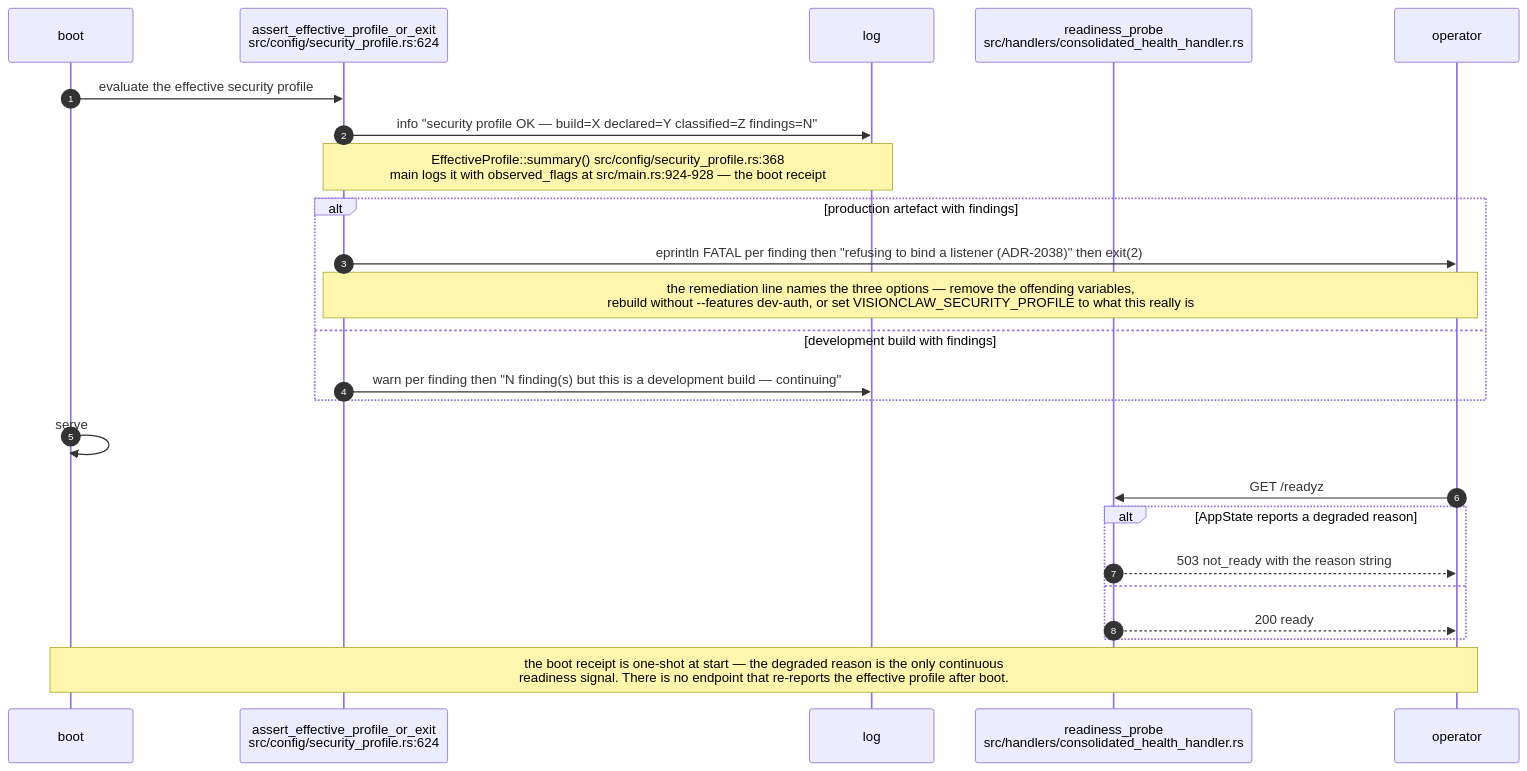
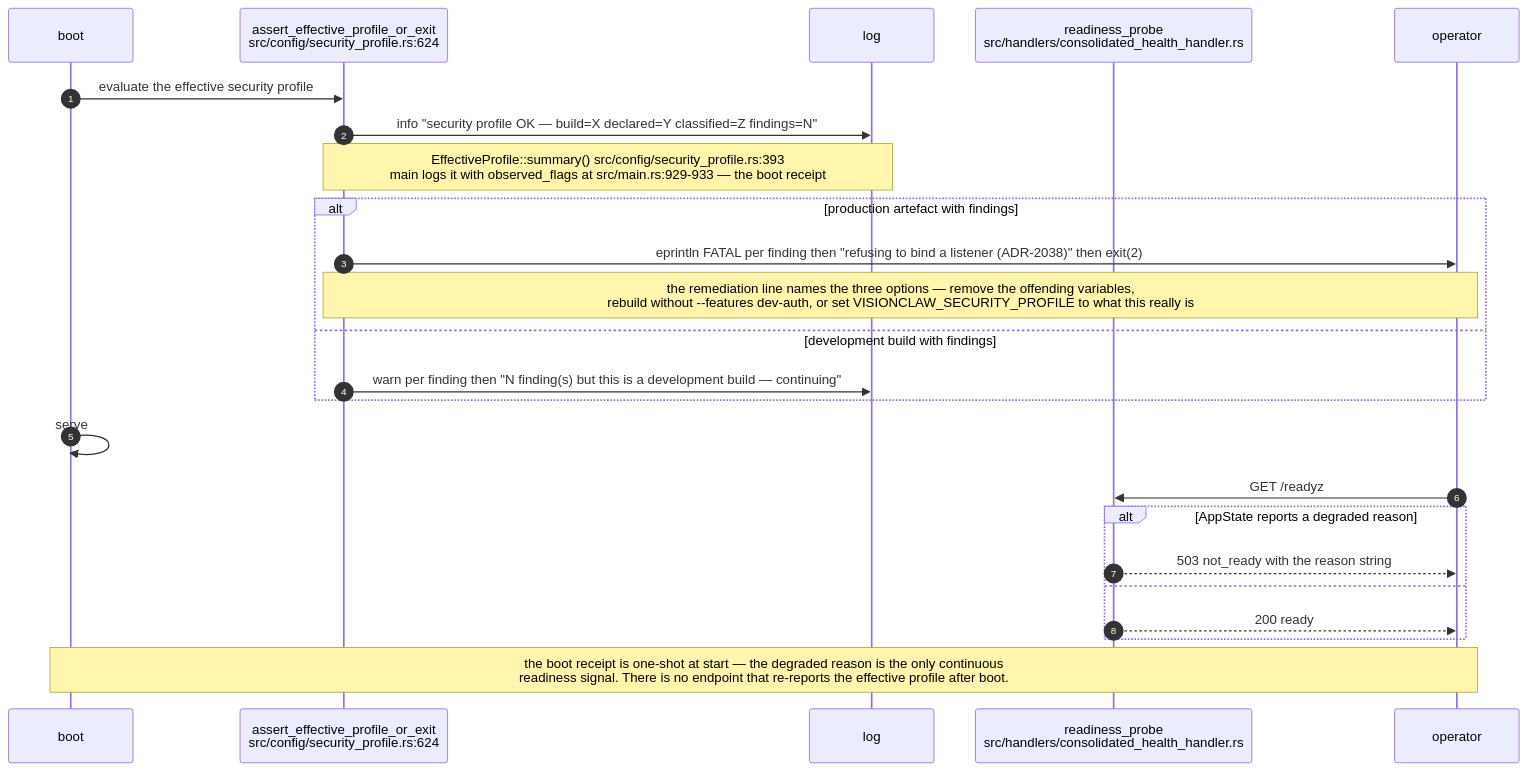
One commit to DreamLab-AI/VisionFlow changed the ninth of 9 diagrams in docs/diagrams/visionclaw/08-observability-health-and-dev-loop.md. Above: the diagram before and after it, drawn with Mermaid. The commit also changed other lines of this file and 136 other files, not shown here.

First line of the commit message:
docs(diagrams): refresh the whole corpus to code HEAD and prune low-value diagrams

````diff
--- a/docs/diagrams/visionclaw/08-observability-health-and-dev-loop.md
+++ b/docs/diagrams/visionclaw/08-observability-health-and-dev-loop.md
@@ -373,27 +306,27 @@
 ```mermaid
 sequenceDiagram
     autonumber
     participant B as boot
     participant P as assert_effective_profile_or_exit<br/>src/config/security_profile.rs:624
     participant L as log
     participant R as readiness_probe<br/>src/handlers/consolidated_health_handler.rs
     participant O as operator
 
     B->>P: evaluate the effective security profile
     P->>L: info "security profile OK — build=X declared=Y classified=Z findings=N"
-    Note over P,L: EffectiveProfile::summary() src/config/security_profile.rs:368<br/>main logs it with observed_flags at src/main.rs:924-928 — the boot receipt
+    Note over P,L: EffectiveProfile::summary() src/config/security_profile.rs:393<br/>main logs it with observed_flags at src/main.rs:929-933 — the boot receipt
     alt production artefact with findings
         P->>O: eprintln FATAL per finding then "refusing to bind a listener (ADR-2038)" then exit(2)
         Note over P,O: the remediation line names the three options — remove the offending variables,<br/>rebuild without --features dev-auth, or set VISIONCLAW_SECURITY_PROFILE to what this really is
     else development build with findings
         P->>L: warn per finding then "N finding(s) but this is a development build — continuing"
     end
     B->>B: serve
     O->>R: GET /readyz
     alt AppState reports a degraded reason
         R-->>O: 503 not_ready with the reason string
     else
         R-->>O: 200 ready
     end
     Note over B,O: the boot receipt is one-shot at start — the degraded reason is the only continuous<br/>readiness signal. There is no endpoint that re-reports the effective profile after boot.
 ```
````
